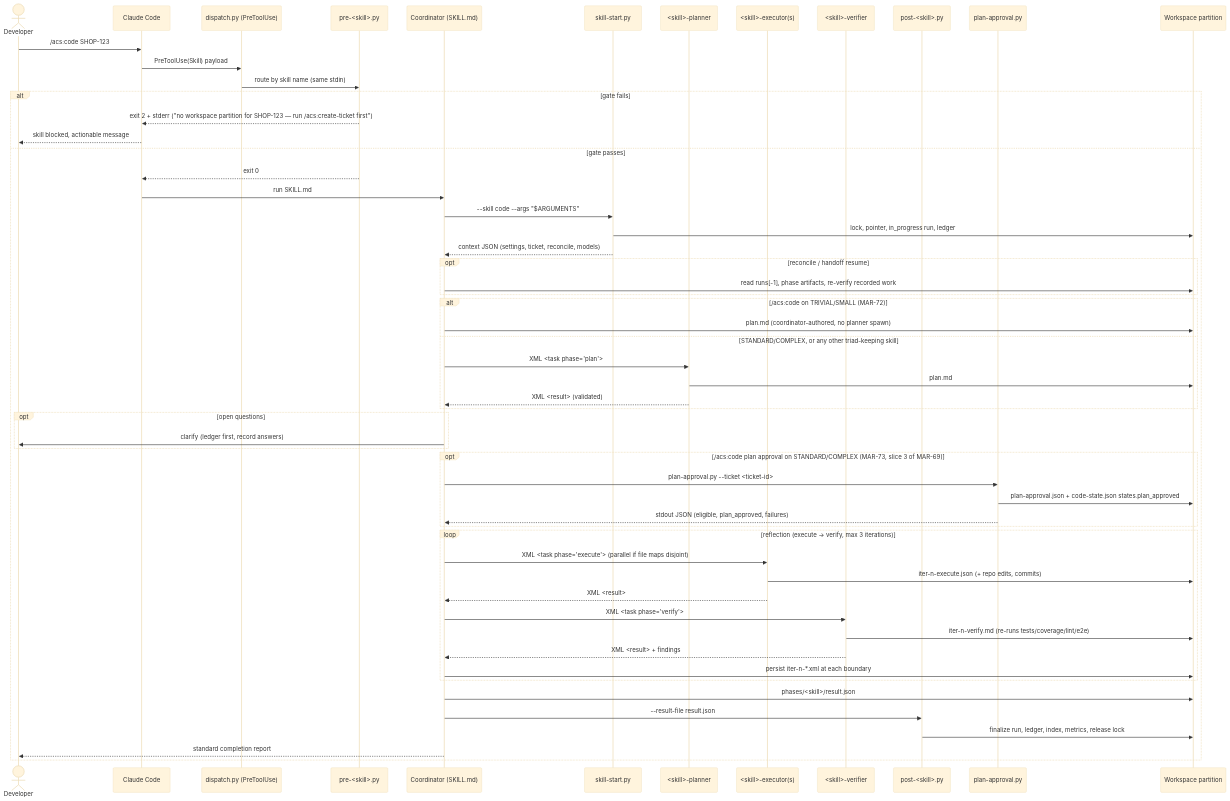
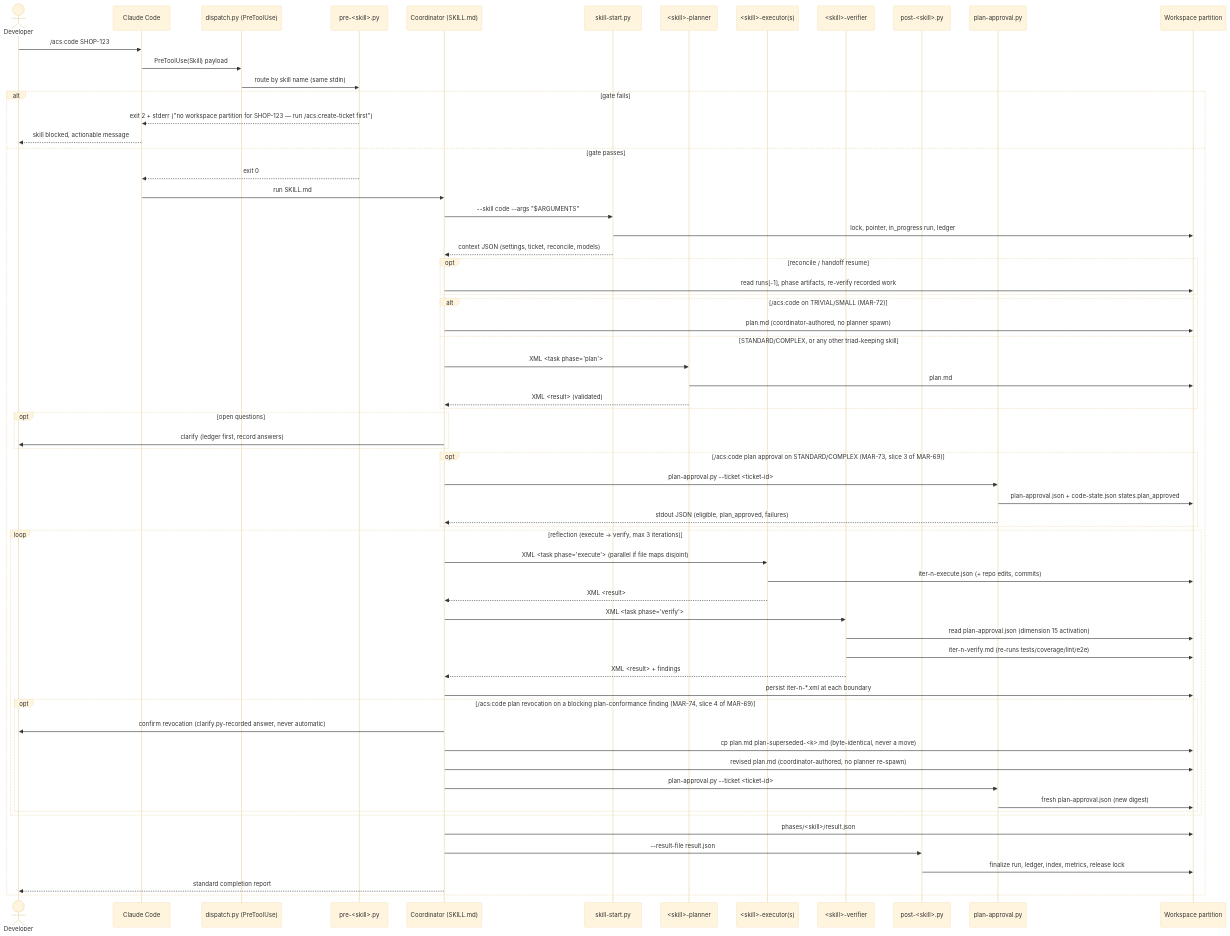
Before and after one commit to globalmindsolution/gms-marketplace: the diagram in docs/architecture/lld/flows/hook-gated-skill-run.md, drawn with Mermaid (base theme). The commit also changed other lines of this file and 2 other files, not shown here.

Commit message:
MAR-74 docs-sync: sync architecture LLD/HLD for verifier dims 15/16 and plan revocation

````diff
--- a/docs/architecture/lld/flows/hook-gated-skill-run.md
+++ b/docs/architecture/lld/flows/hook-gated-skill-run.md
@@ -33,60 +39,68 @@
 ```mermaid
 sequenceDiagram
     actor Dev as Developer
     participant CC as Claude Code
     participant D as dispatch.py (PreToolUse)
     participant PRE as pre-<skill>.py
     participant CO as Coordinator (SKILL.md)
     participant SS as skill-start.py
     participant PL as <skill>-planner
     participant EX as <skill>-executor(s)
     participant VF as <skill>-verifier
     participant POST as post-<skill>.py
     participant PA as plan-approval.py
     participant WS as Workspace partition
 
     Dev->>CC: /acs:code SHOP-123
     CC->>D: PreToolUse(Skill) payload
     D->>PRE: route by skill name (same stdin)
     alt gate fails
         PRE-->>CC: exit 2 + stderr ("no workspace partition for SHOP-123 — run /acs:create-ticket first")
         CC-->>Dev: skill blocked, actionable message
     else gate passes
         PRE-->>CC: exit 0
         CC->>CO: run SKILL.md
         CO->>SS: --skill code --args "$ARGUMENTS"
         SS->>WS: lock, pointer, in_progress run, ledger
         SS-->>CO: context JSON (settings, ticket, reconcile, models)
         opt reconcile / handoff resume
             CO->>WS: read runs[-1], phase artifacts, re-verify recorded work
         end
         alt /acs:code on TRIVIAL/SMALL (MAR-72)
             CO->>WS: plan.md (coordinator-authored, no planner spawn)
         else STANDARD/COMPLEX, or any other triad-keeping skill
             CO->>PL: XML <task phase="plan">
             PL->>WS: plan.md
             PL-->>CO: XML <result> (validated)
         end
         opt open questions
             CO->>Dev: clarify (ledger first, record answers)
         end
         opt /acs:code plan approval on STANDARD/COMPLEX (MAR-73, slice 3 of MAR-69)
             CO->>PA: plan-approval.py --ticket <ticket-id>
             PA->>WS: plan-approval.json + code-state.json states.plan_approved
             PA-->>CO: stdout JSON (eligible, plan_approved, failures)
         end
         loop reflection (execute → verify, max 3 iterations)
             CO->>EX: XML <task phase="execute"> (parallel if file maps disjoint)
             EX->>WS: iter-n-execute.json (+ repo edits, commits)
             EX-->>CO: XML <result>
             CO->>VF: XML <task phase="verify">
+            VF->>WS: read plan-approval.json (dimension 15 activation)
             VF->>WS: iter-n-verify.md (re-runs tests/coverage/lint/e2e)
             VF-->>CO: XML <result> + findings
             CO->>WS: persist iter-n-*.xml at each boundary
+            opt /acs:code plan revocation on a blocking plan-conformance finding (MAR-74, slice 4 of MAR-69)
+                CO->>Dev: confirm revocation (clarify.py-recorded answer, never automatic)
+                CO->>WS: cp plan.md plan-superseded-<k>.md (byte-identical, never a move)
+                CO->>WS: revised plan.md (coordinator-authored, no planner re-spawn)
+                CO->>PA: plan-approval.py --ticket <ticket-id>
+                PA->>WS: fresh plan-approval.json (new digest)
+            end
         end
         CO->>WS: phases/<skill>/result.json
         CO->>POST: --result-file result.json
         POST->>WS: finalize run, ledger, index, metrics, release lock
         CO-->>Dev: standard completion report
     end
 ```
````
